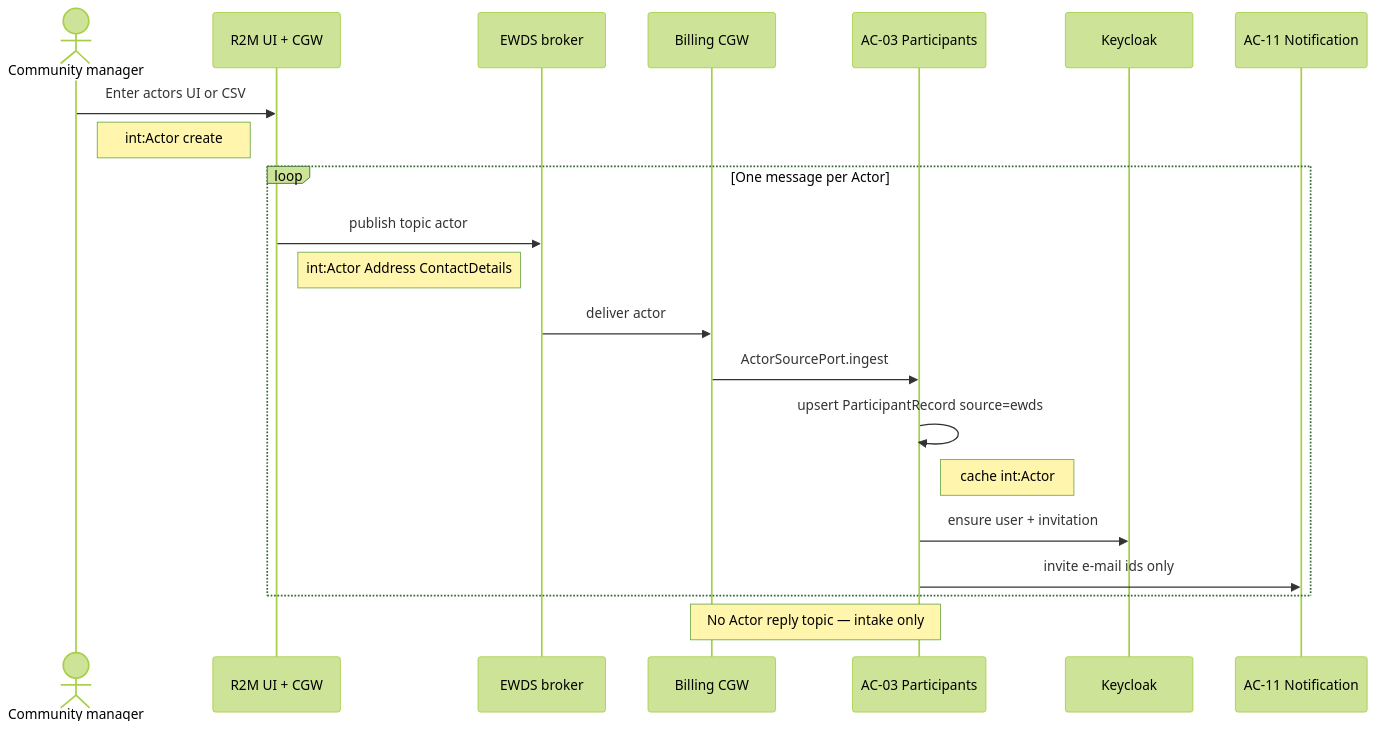
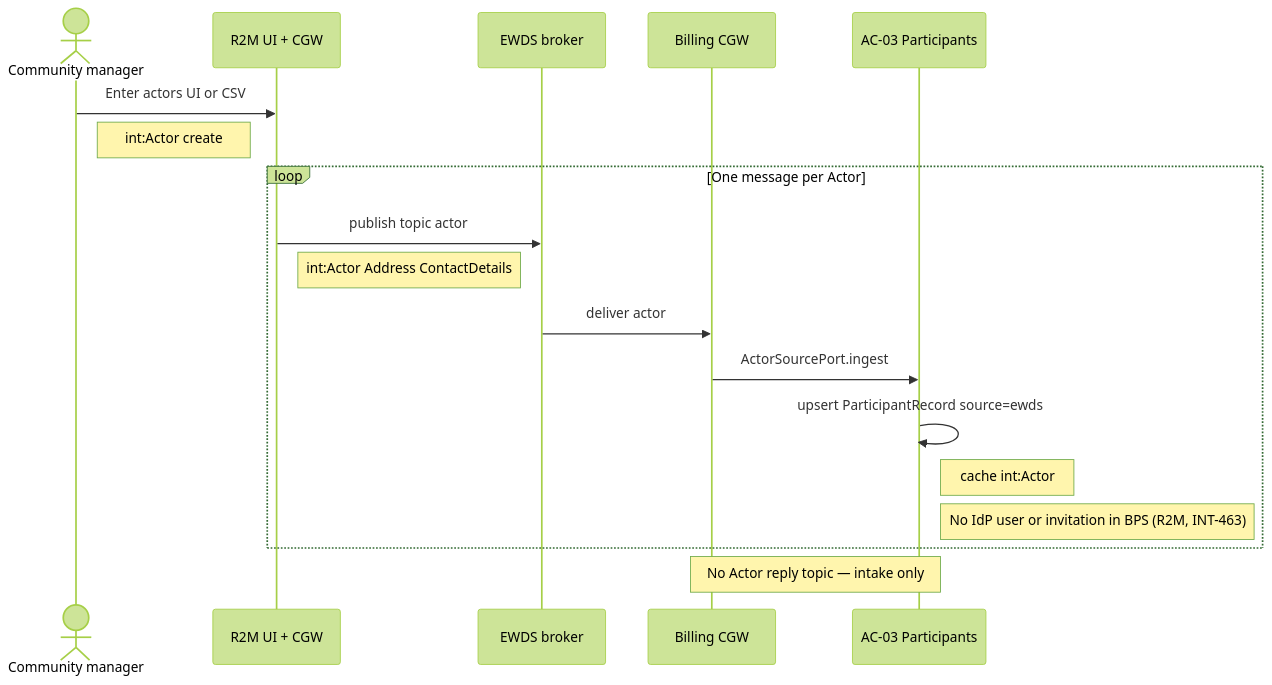
One commit to blooo-io/intelligent-eu-bps-source changed the first of 14 diagrams in docs/architecture/07-scenario-flows.md. Above: the diagram before and after it, drawn with Mermaid (forest theme). The commit also changed other lines of this file and 49 other files, not shown here.

First line of the commit message:
feat(INT-463): R2M owns member IdP; BPS S2S Keycloak only

````diff
--- a/docs/architecture/07-scenario-flows.md
+++ b/docs/architecture/07-scenario-flows.md
@@ -48,23 +48,20 @@
 ```mermaid
 sequenceDiagram
   actor Mgr as Community manager
   participant R2M as R2M UI + CGW
   participant EWDS as EWDS broker
   participant CGW as Billing CGW
   participant AC03 as AC-03 Participants
-  participant IdP as Keycloak
-  participant AC11 as AC-11 Notification
   Mgr->>R2M: Enter actors UI or CSV
   Note right of Mgr: int:Actor create
   loop One message per Actor
     R2M->>EWDS: publish topic actor
     Note right of R2M: int:Actor Address ContactDetails
     EWDS->>CGW: deliver actor
     CGW->>AC03: ActorSourcePort.ingest
     AC03->>AC03: upsert ParticipantRecord source=ewds
     Note right of AC03: cache int:Actor
-    AC03->>IdP: ensure user + invitation
-    AC03->>AC11: invite e-mail ids only
+    Note right of AC03: No IdP user or invitation in BPS (R2M, INT-463)
   end
   Note over CGW,AC03: No Actor reply topic — intake only
 ```
````
